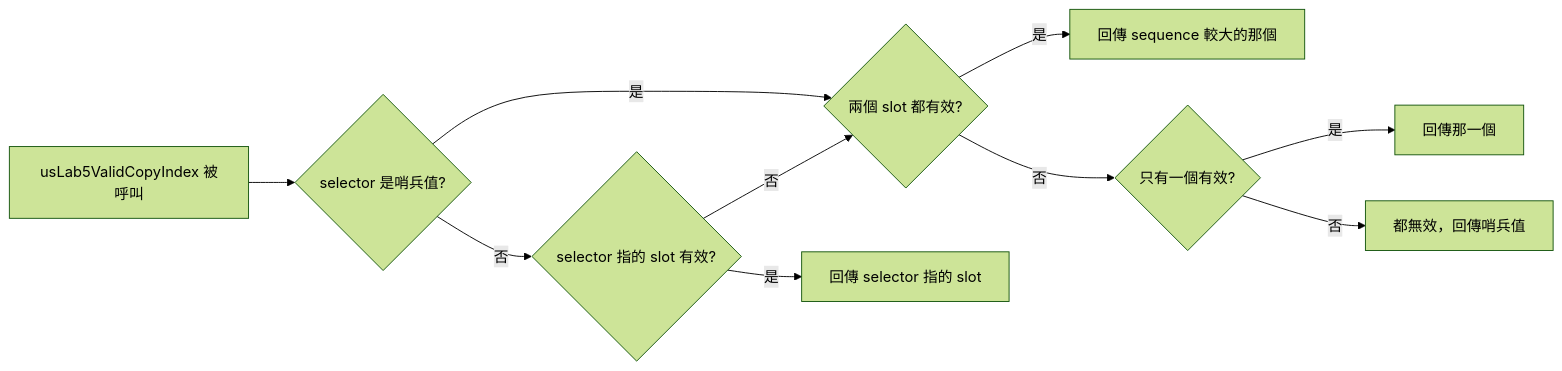
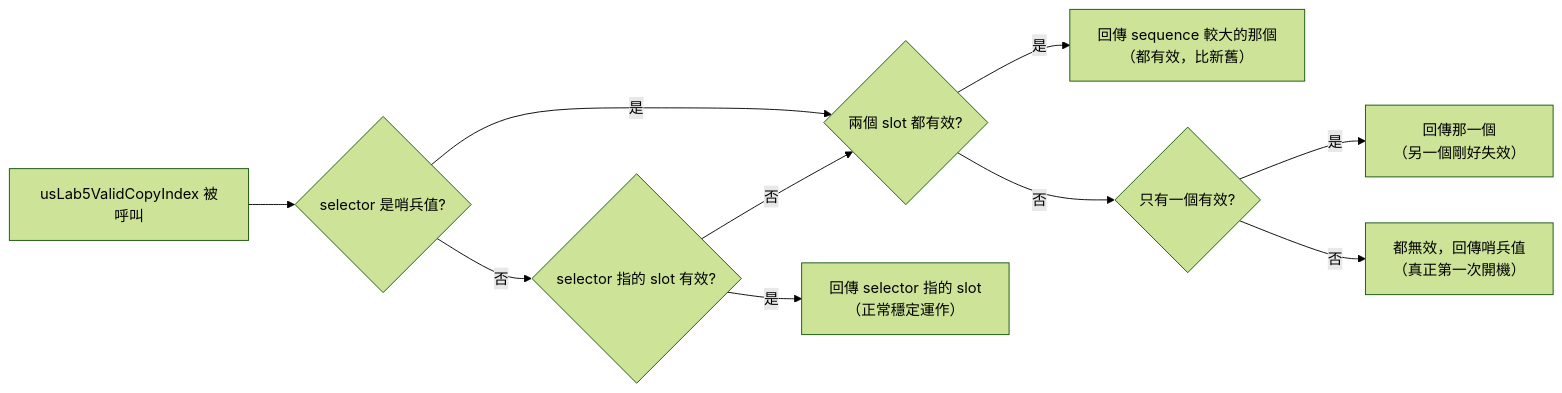
The second of 2 diagrams in lab5/lab5.md (Esther125/rtos-labs), drawn with Mermaid (forest theme) before and after one commit. The commit also changed other lines of this file, not shown here.

Commit message:
docs(lab5): add asm walkthrough, fix inaccurate wording, annotate flowcharts

````diff
--- a/lab5/lab5.md
+++ b/lab5/lab5.md
@@ -134,12 +140,16 @@
     ```mermaid
     flowchart LR
         A[usLab5ValidCopyIndex 被呼叫] --> B{selector 是哨兵值?}
         B -- 是 --> D{兩個 slot 都有效?}
         B -- 否 --> C{selector 指的 slot 有效?}
-        C -- 是 --> R1[回傳 selector 指的 slot]
+        C -- 是 --> R1["回傳 selector 指的 slot
+        （正常穩定運作）"]
         C -- 否 --> D
-        D -- 是 --> E[回傳 sequence 較大的那個]
+        D -- 是 --> E["回傳 sequence 較大的那個
+        （都有效，比新舊）"]
         D -- 否 --> F{只有一個有效?}
-        F -- 是 --> G[回傳那一個]
-        F -- 否 --> H[都無效，回傳哨兵值]
+        F -- 是 --> G["回傳那一個
+        （另一個剛好失效）"]
+        F -- 否 --> H["都無效，回傳哨兵值
+        （真正第一次開機）"]
     ```
````
